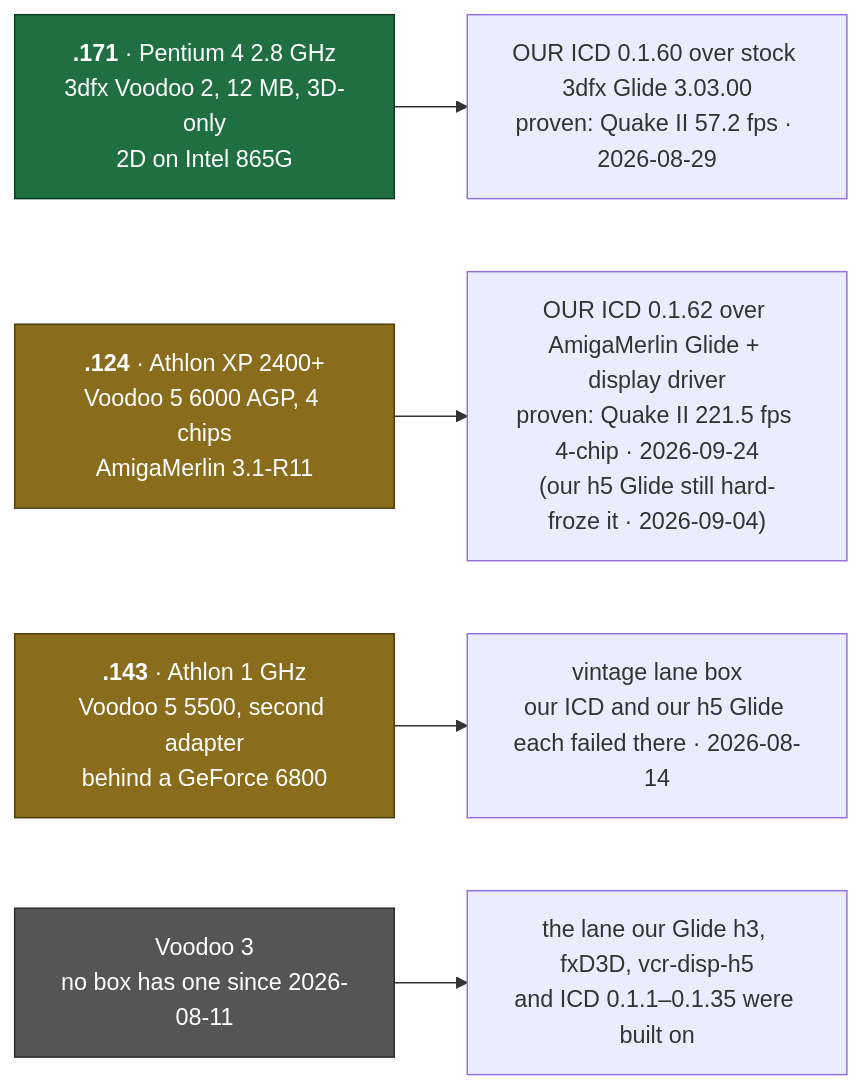
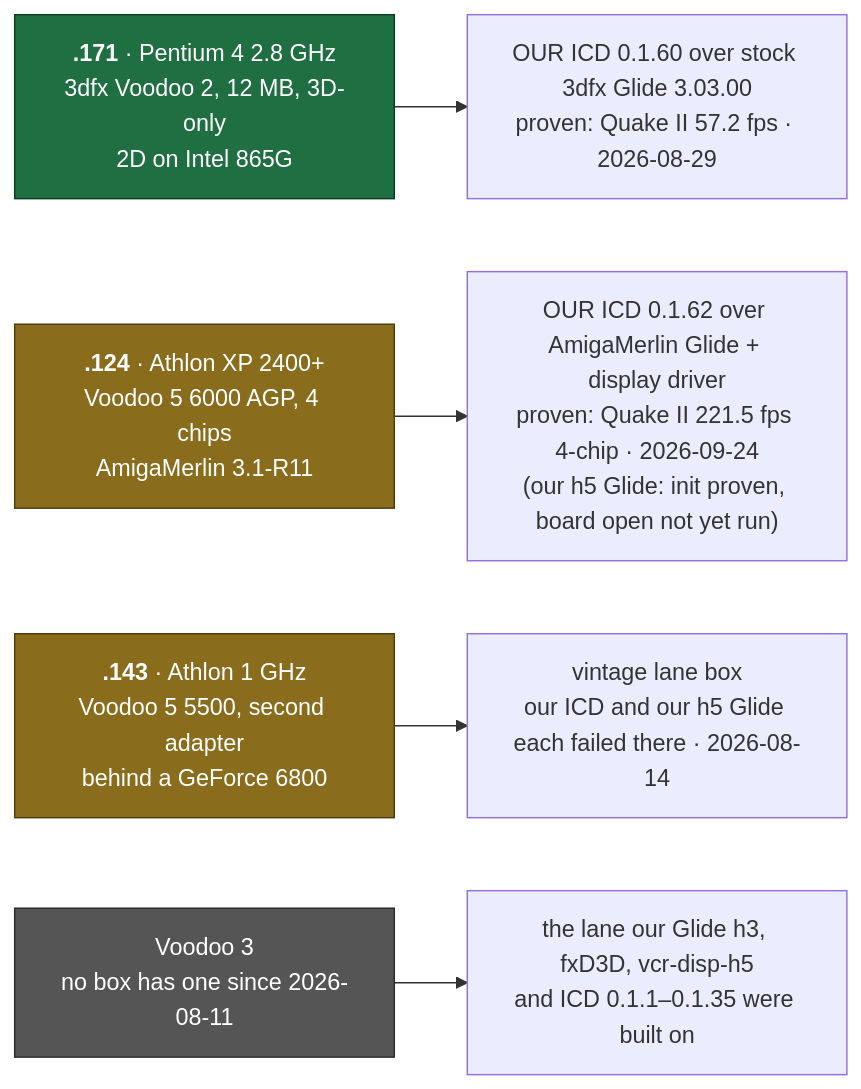
Before and after one commit to voidsstr/retro-agent: the first of 14 diagrams in voodoo-cleanroom/README.md, drawn with Mermaid. The commit also changed other lines of this file and 3 other files, not shown here.

````diff
--- a/voodoo-cleanroom/README.md
+++ b/voodoo-cleanroom/README.md
@@ -82,17 +82,17 @@
 ```mermaid
 flowchart LR
     classDef ours fill:#1f6f43,stroke:#0d3b22,color:#ffffff
     classDef borrowed fill:#8a6d1c,stroke:#4d3c0f,color:#ffffff
     classDef blocked fill:#7a2330,stroke:#3d1118,color:#ffffff
     classDef gone fill:#555555,stroke:#2b2b2b,color:#ffffff
 
     S171["<b>.171</b> · Pentium 4 2.8 GHz<br/>3dfx Voodoo 2, 12 MB, 3D-only<br/>2D on Intel 865G"]:::ours
     S124["<b>.124</b> · Athlon XP 2400+<br/>Voodoo 5 6000 AGP, 4 chips<br/>AmigaMerlin 3.1-R11"]:::borrowed
     S143["<b>.143</b> · Athlon 1 GHz<br/>Voodoo 5 5500, second adapter<br/>behind a GeForce 6800"]:::borrowed
     V3["Voodoo 3<br/>no box has one since 2026-08-11"]:::gone
 
     S171 --> R171["OUR ICD 0.1.60 over stock 3dfx Glide 3.03.00<br/>proven: Quake II 57.2 fps · 2026-08-29"]
-    S124 --> R124["OUR ICD 0.1.62 over AmigaMerlin Glide + display driver<br/>proven: Quake II 221.5 fps 4-chip · 2026-09-24<br/>(our h5 Glide still hard-froze it · 2026-09-04)"]
+    S124 --> R124["OUR ICD 0.1.62 over AmigaMerlin Glide + display driver<br/>proven: Quake II 221.5 fps 4-chip · 2026-09-24<br/>(our h5 Glide: init proven, board open not yet run)"]
     S143 --> R143["vintage lane box<br/>our ICD and our h5 Glide each failed there · 2026-08-14"]
     V3 --> RV3["the lane our Glide h3, fxD3D, vcr-disp-h5<br/>and ICD 0.1.1–0.1.35 were built on"]
 ```
````
